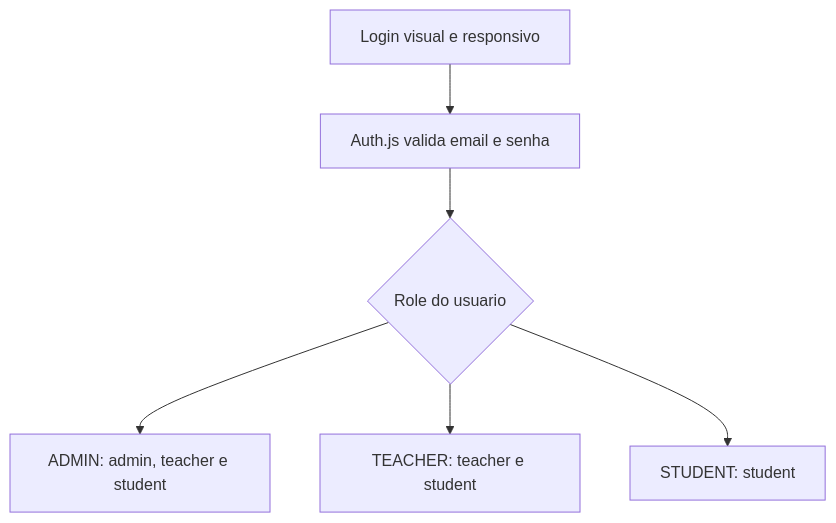
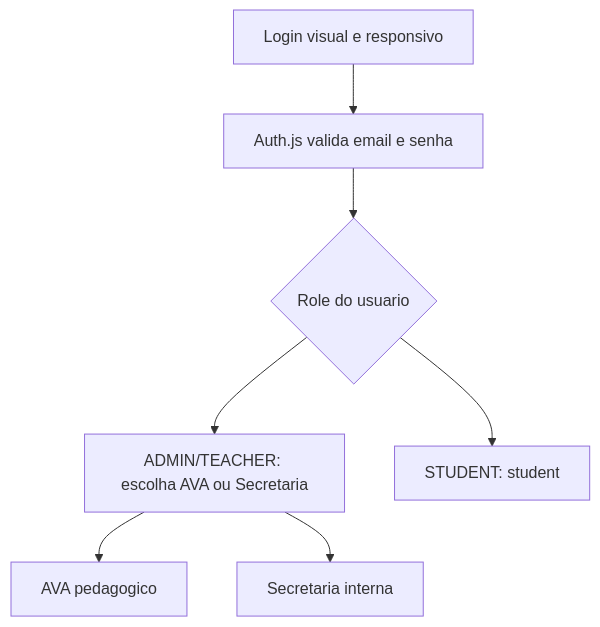
One commit to WilliYY/Candy-English changed the second of 2 diagrams in docs/design-direcao.md. Above: the diagram before and after it, drawn with Mermaid. The commit also changed other lines of this file and 9 other files, not shown here.

````diff
--- a/docs/design-direcao.md
+++ b/docs/design-direcao.md
@@ -140,8 +141,9 @@
 ```mermaid
 flowchart TD
   A["Login visual e responsivo"] --> B["Auth.js valida email e senha"]
   B --> C{"Role do usuario"}
-  C --> D["ADMIN: admin, teacher e student"]
-  C --> E["TEACHER: teacher e student"]
-  C --> F["STUDENT: student"]
+  C --> D["ADMIN/TEACHER: escolha AVA ou Secretaria"]
+  D --> E["AVA pedagogico"]
+  D --> F["Secretaria interna"]
+  C --> G["STUDENT: student"]
 ```
````
